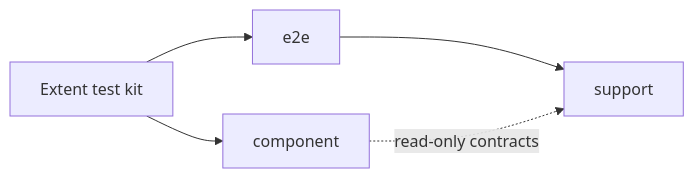
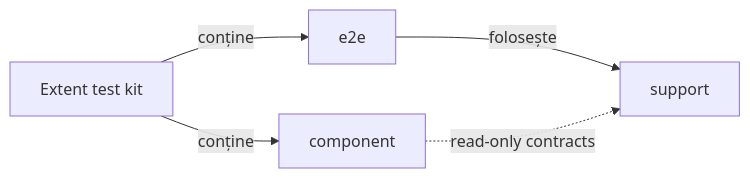
One commit to crististefanita/demo2 changed the diagram in atf-reporting-tests/src/test/java/atf/ui/tests/extent/README.md. Above: the diagram before and after it, drawn with Mermaid. The commit also changed other lines of this file and 102 other files, not shown here.

````diff
--- a/atf-reporting-tests/src/test/java/atf/ui/tests/extent/README.md
+++ b/atf-reporting-tests/src/test/java/atf/ui/tests/extent/README.md
@@ -18,8 +18,8 @@
 ```mermaid
 flowchart LR
     Root[Extent test kit]
-    Root --> Component[component]
-    Root --> E2E[e2e]
-    E2E --> Support[support]
+    Root -->|conține| Component[component]
+    Root -->|conține| E2E[e2e]
+    E2E -->|folosește| Support[support]
     Component -. read-only contracts .-> Support
 ```
````
